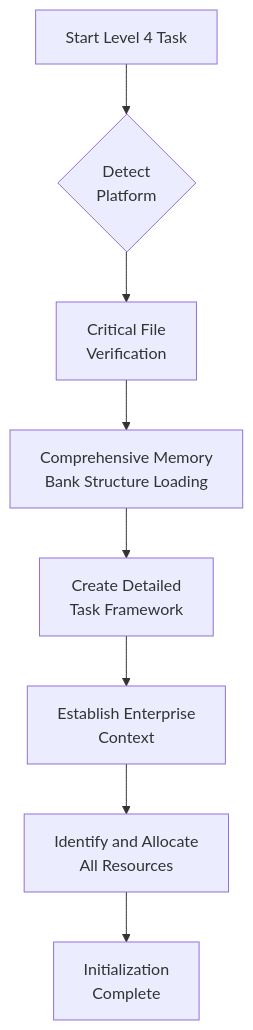
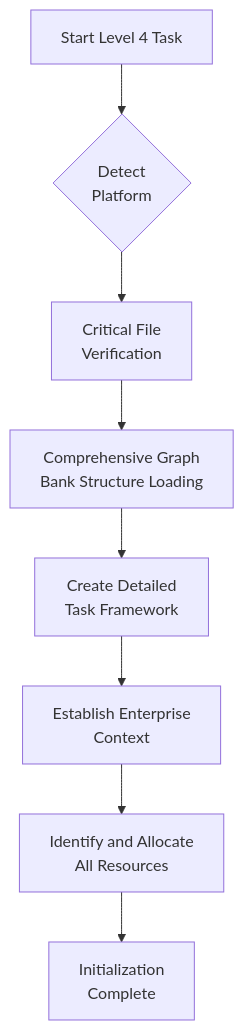
One commit to 7Spade/cursor-memory-bank changed the third of 10 diagrams in .cursor/rules/isolation_rules/Level4/workflow-level4.mdc. Above: the diagram before and after it, drawn with Mermaid. The commit also changed other lines of this file and 37 other files, not shown here.

Commit message:
refactor: Standardize terminology from "Memory Bank" to "Graph Bank" across all files, ensuring consistency in documentation and improving clarity in the system's architecture and processes

````diff
--- a/.cursor/rules/isolation_rules/Level4/workflow-level4.mdc
+++ b/.cursor/rules/isolation_rules/Level4/workflow-level4.mdc
@@ -54,10 +54,10 @@
 ```mermaid
 graph TD
     Start["Start Level 4 Task"] --> Platform{"Detect<br>Platform"}
     Platform --> FileCheck["Critical File<br>Verification"]
-    FileCheck --> LoadStructure["Comprehensive Memory<br>Bank Structure Loading"]
+    FileCheck --> LoadStructure["Comprehensive Graph<br>Bank Structure Loading"]
     LoadStructure --> TaskCreation["Create Detailed<br>Task Framework"]
     TaskCreation --> Context["Establish Enterprise<br>Context"]
     Context --> Resources["Identify and Allocate<br>All Resources"]
     Resources --> SetupComplete["Initialization<br>Complete"]
 ```
````
